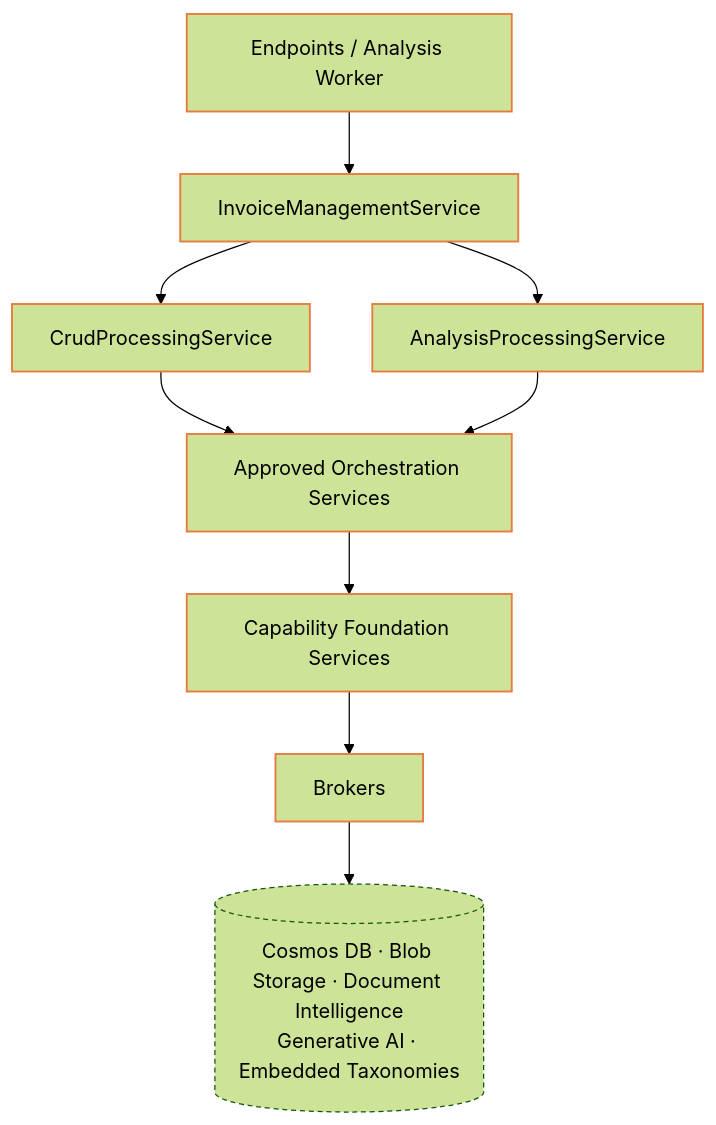
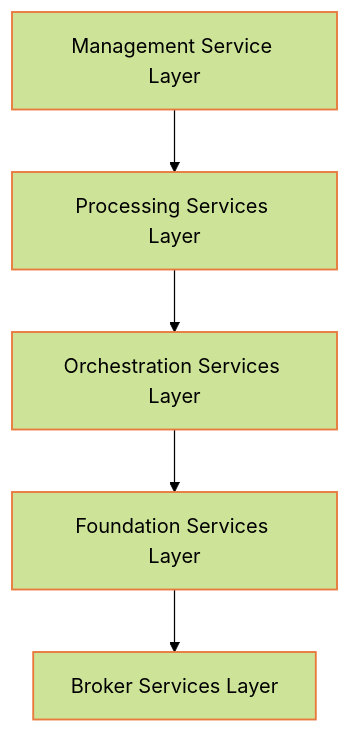
Before and after one commit to arolariu/arolariu.ro: the diagram in docs/rfc/2001-domain-driven-design-architecture.md, drawn with Mermaid (forest theme). The commit also changed other lines of this file and 3 other files, not shown here.

First line of the commit message:
docs(api): align invoice architecture RFCs

````diff
--- a/docs/rfc/2001-domain-driven-design-architecture.md
+++ b/docs/rfc/2001-domain-driven-design-architecture.md
@@ -34,25 +23,16 @@
 ```mermaid
 flowchart TB
-  Adapters[Endpoints / Analysis Worker]
-  Management[InvoiceManagementService]
-  Crud[CrudProcessingService]
-  Analysis[AnalysisProcessingService]
-  Orchestrations[Approved Orchestration Services]
-  Foundations[Capability Foundation Services]
-  Brokers[Brokers]
-  External[(Cosmos DB · Blob Storage · Document Intelligence<br/>Generative AI · Embedded Taxonomies)]
+  Management[Management Service Layer]
+  Processing[Processing Services Layer]
+  Orchestration[Orchestration Services Layer]
+  Foundation[Foundation Services Layer]
+  Broker[Broker Services Layer]
 
-  Adapters --> Management
-  Management --> Crud
-  Management --> Analysis
-  Crud --> Orchestrations
-  Analysis --> Orchestrations
-  Orchestrations --> Foundations
-  Foundations --> Brokers
-  Brokers --> External
+  Management --> Processing
+  Processing --> Orchestration
+  Orchestration --> Foundation
+  Foundation --> Broker
 
   classDef layer stroke:#e87a3e,stroke-width:1.5px;
-  classDef external stroke-dasharray:4 3;
-  class Adapters,Management,Crud,Analysis,Orchestrations,Foundations,Brokers layer;
-  class External external;
+  class Management,Processing,Orchestration,Foundation,Broker layer;
 ```
````
